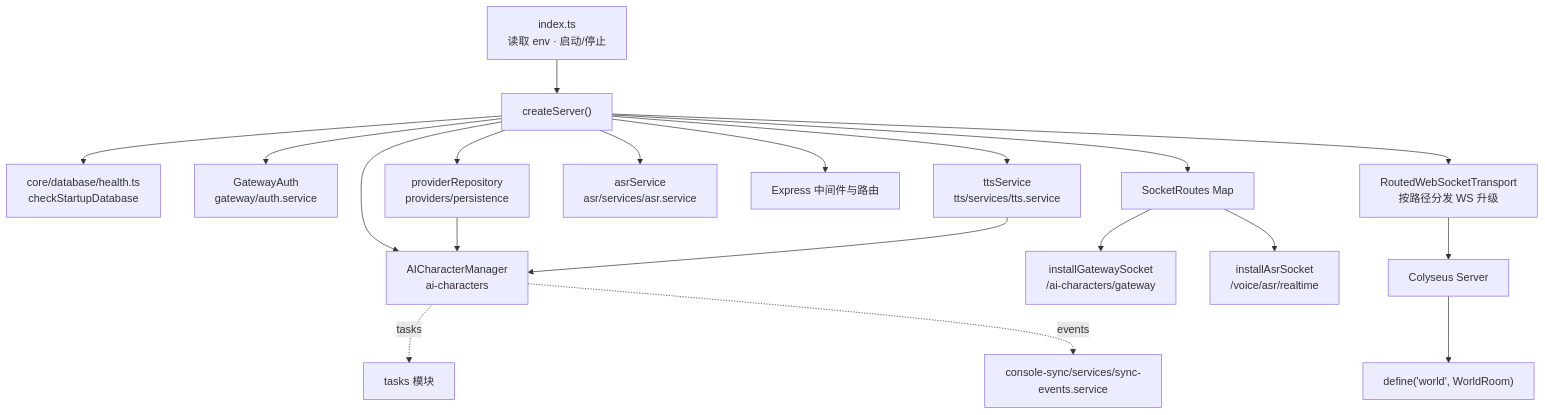
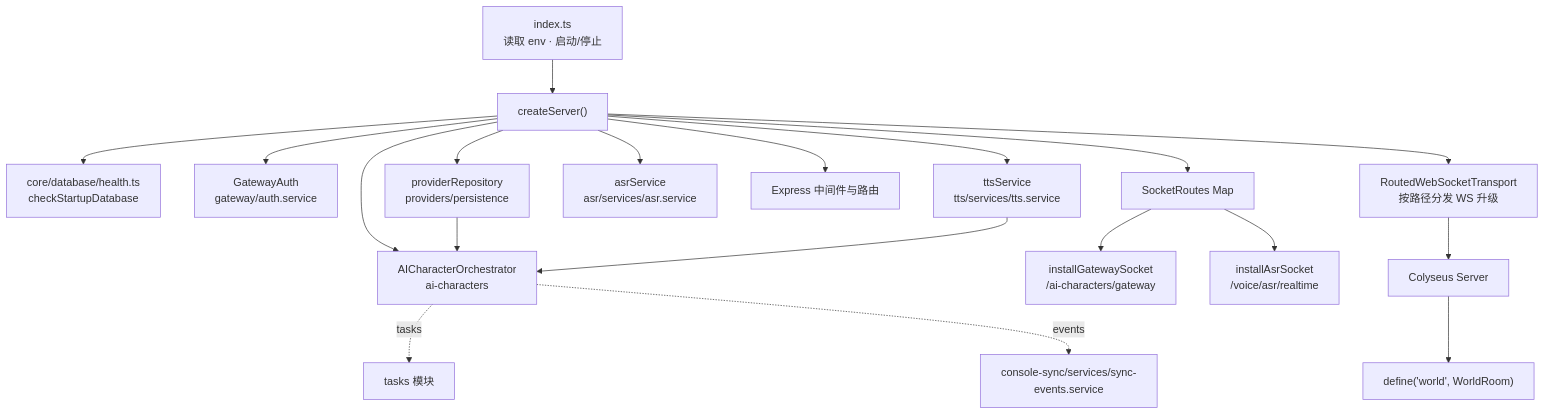
Before and after one commit to lulabs-org/embocraft: the fourth of 14 diagrams in docs/guide/architecture-diagrams.md, drawn with Mermaid. The commit also changed other lines of this file and 93 other files, not shown here.

````diff
--- a/docs/guide/architecture-diagrams.md
+++ b/docs/guide/architecture-diagrams.md
@@ -87,26 +87,26 @@
 ```mermaid
 graph TD
     Index["index.ts<br/>读取 env · 启动/停止"] --> Create["createServer()"]
 
     Create --> Startup["core/database/health.ts<br/>checkStartupDatabase"]
     Create --> GA["GatewayAuth<br/>gateway/auth.service"]
     Create --> PS["providerRepository<br/>providers/persistence"]
     Create --> VS["ttsService<br/>tts/services/tts.service"]
     Create --> AS["asrService<br/>asr/services/asr.service"]
 
-    Create --> ACM["AICharacterManager<br/>ai-characters"]
+    Create --> ACM["AICharacterOrchestrator<br/>ai-characters"]
 
     Create --> App["Express 中间件与路由"]
     Create --> Sockets["SocketRoutes Map"]
     Sockets --> GWS["installGatewaySocket<br/>/ai-characters/gateway"]
     Sockets --> ASRS["installAsrSocket<br/>/voice/asr/realtime"]
 
     Create --> Transport["RoutedWebSocketTransport<br/>按路径分发 WS 升级"]
     Transport --> Colyseus["Colyseus Server"]
     Colyseus --> Room["define('world', WorldRoom)"]
 
     ACM -.->|tasks| Tasks["tasks 模块"]
     ACM -.->|events| Events["console-sync/services/sync-events.service"]
     PS --> ACM
     VS --> ACM
 ```
````
